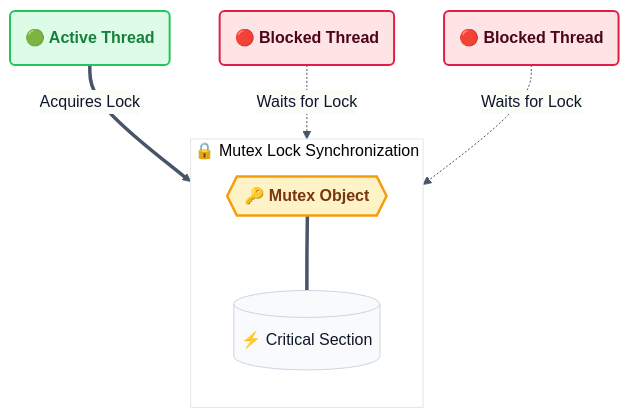
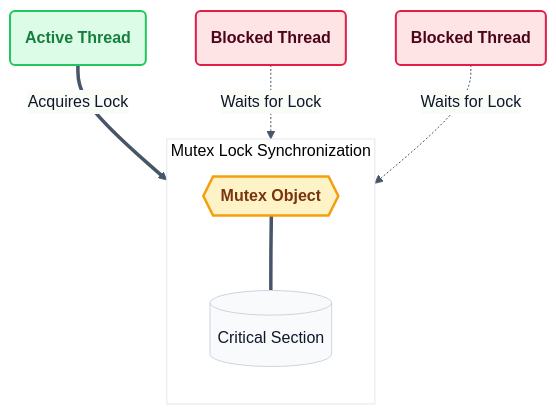
Before and after one commit to RameenAnwar/PDC-SP26-SE: the third of 9 diagrams in SyedMuhammadHuzaifaAshrafi-(23FA-035-SE)/Chapter02/README.md, drawn with Mermaid. The commit also changed other lines of this file and 5 other files, not shown here.

````diff
--- a/SyedMuhammadHuzaifaAshrafi-(23FA-035-SE)/Chapter02/README.md
+++ b/SyedMuhammadHuzaifaAshrafi-(23FA-035-SE)/Chapter02/README.md
@@ -124,23 +124,23 @@
 ```mermaid
 %%{init: {'theme': 'base', 'themeVariables': { 'lineColor': '#475569', 'primaryColor': '#f8fafc', 'primaryTextColor': '#0f172a', 'primaryBorderColor': '#cbd5e1' }}}%%
 flowchart TD
     %% Premium Mutex Lock Visual
     classDef tActive fill:#dcfce7,stroke:#22c55e,stroke-width:2px,color:#15803d,font-weight:bold
     classDef tWait fill:#ffe4e6,stroke:#e11d48,stroke-width:2px,color:#4c0519,font-weight:bold
     classDef lock fill:#fef3c7,stroke:#f59e0b,stroke-width:2.5px,color:#78350f,font-weight:bold
 
-    subgraph MUTEX_LOCK ["🔒 Mutex Lock Synchronization"]
+    subgraph MUTEX_LOCK ["Mutex Lock Synchronization"]
         direction TB
-        Bouncer{{"🔑 Mutex Object"}}
-        CS[("⚡ Critical Section")]
+        Bouncer{{"Mutex Object"}}
+        CS[("Critical Section")]
         Bouncer === CS
     end
 
-    T1("🟢 Active Thread") == "Acquires Lock" ==> Bouncer
-    T2("🔴 Blocked Thread") -. "Waits for Lock" .-> Bouncer
-    T3("🔴 Blocked Thread") -. "Waits for Lock" .-> Bouncer
+    T1("Active Thread") == "Acquires Lock" ==> Bouncer
+    T2("Blocked Thread") -. "Waits for Lock" .-> Bouncer
+    T3("Blocked Thread") -. "Waits for Lock" .-> Bouncer
 
     class T1 tActive
     class T2,T3 tWait
     class Bouncer lock
 ```
````
